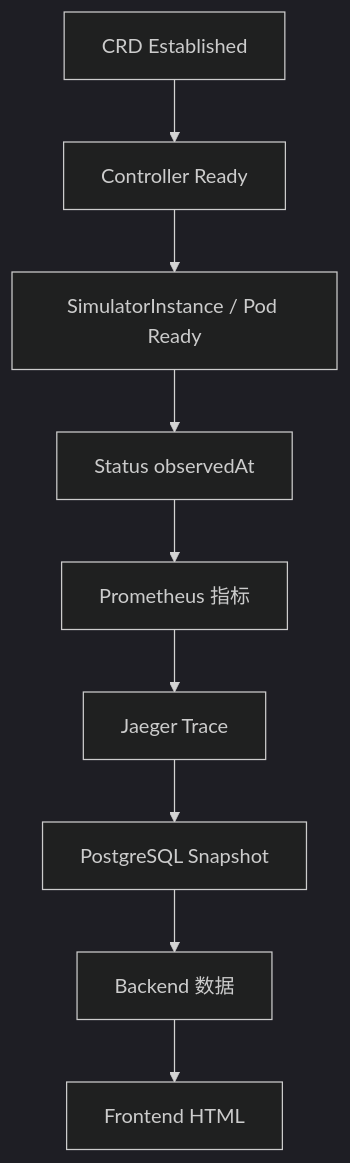
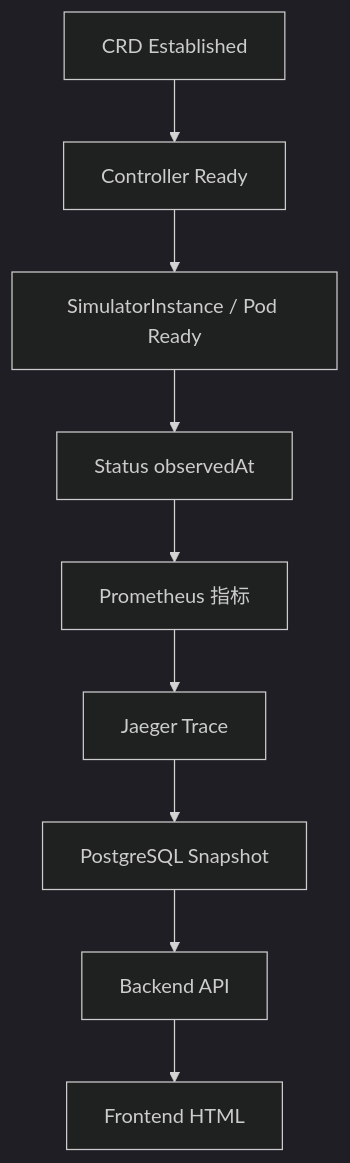
One commit to 3900563672/hello-k8s-ai changed the diagram in docs/getting-started/VERIFICATION.md. Above: the diagram before and after it, drawn with Mermaid (dark theme). The commit also changed other lines of this file and 18 other files, not shown here.

````diff
--- a/docs/getting-started/VERIFICATION.md
+++ b/docs/getting-started/VERIFICATION.md
@@ -7,11 +50,11 @@
 ```mermaid
 flowchart TD
   A["CRD Established"] --> B["Controller Ready"]
   B --> C["SimulatorInstance / Pod Ready"]
   C --> D["Status observedAt"]
   D --> E["Prometheus 指标"]
   E --> F["Jaeger Trace"]
   F --> G["PostgreSQL Snapshot"]
-  G --> H["Backend 数据"]
+  G --> H["Backend API"]
   H --> I["Frontend HTML"]
 ```
````
